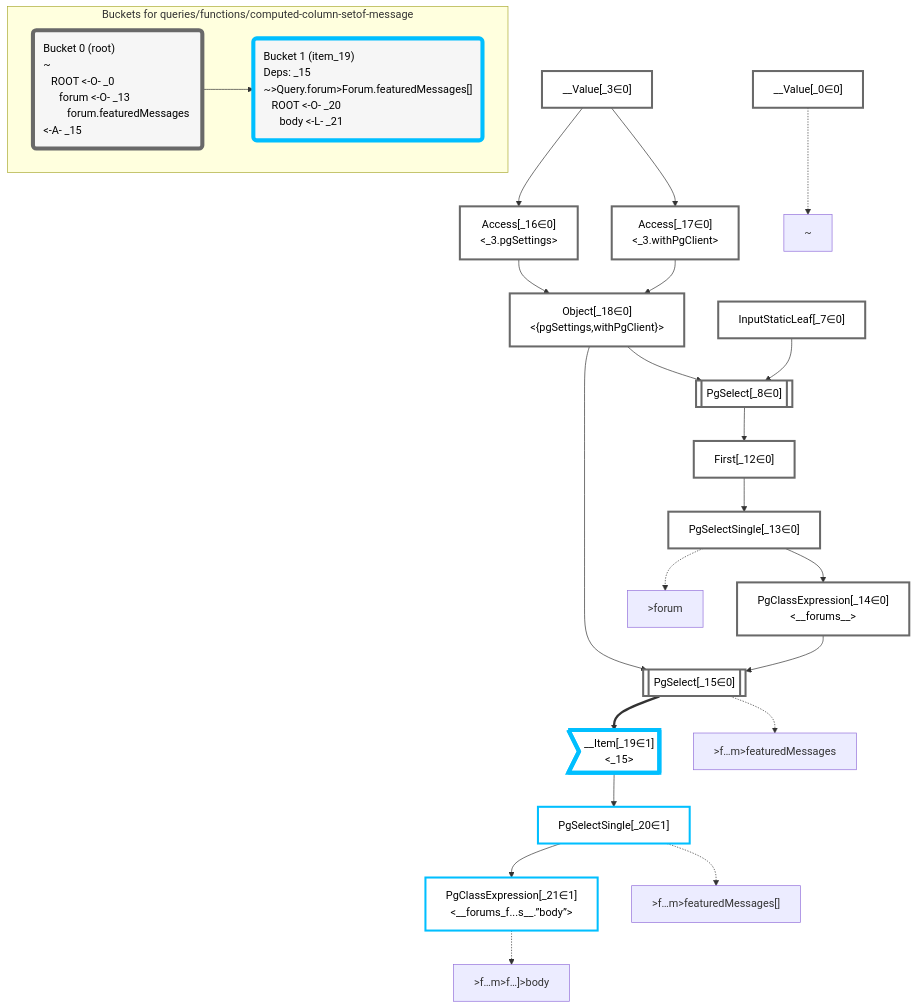
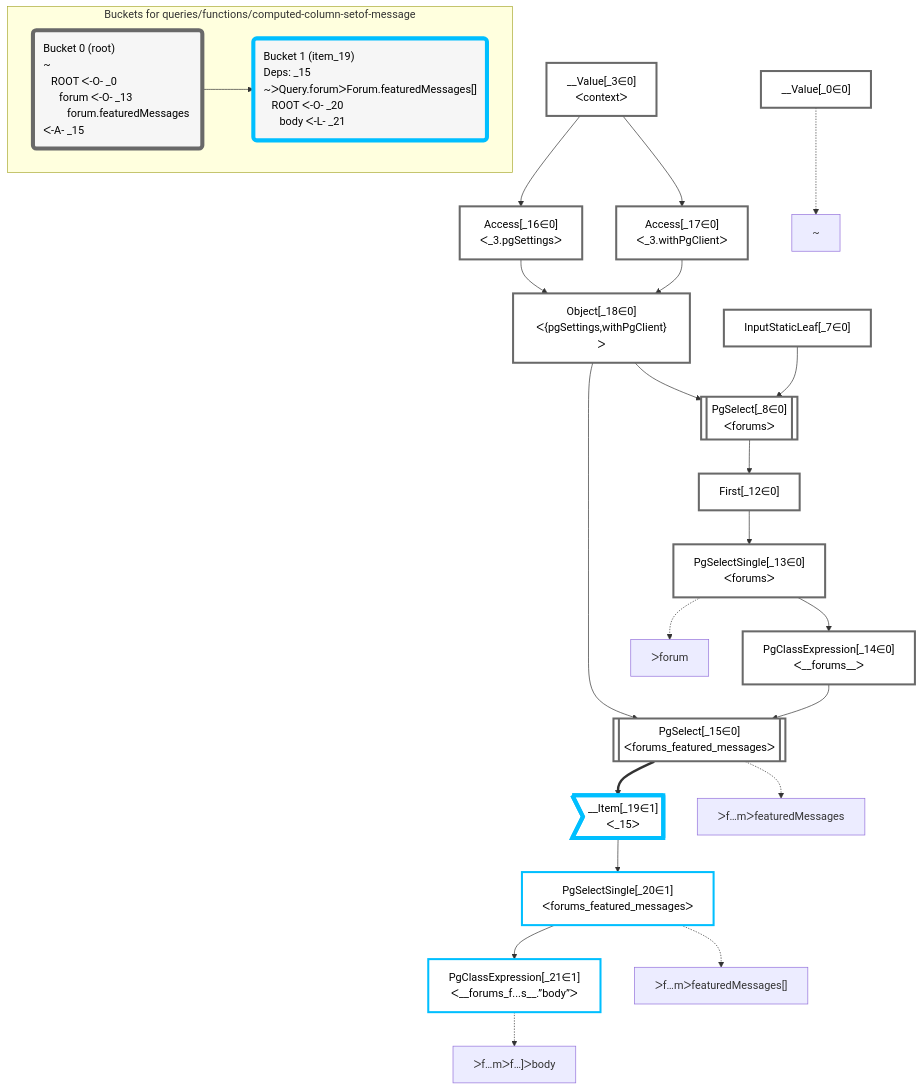
One commit to graphile/crystal changed the diagram in packages/dataplan-pg/__tests__/queries/functions/computed-column-setof-message.deopt.mermaid.md. Above: the diagram before and after it, drawn with Mermaid. The commit also changed 195 other files, not shown here.

````diff
--- a/packages/dataplan-pg/__tests__/queries/functions/computed-column-setof-message.deopt.mermaid.md
+++ b/packages/dataplan-pg/__tests__/queries/functions/computed-column-setof-message.deopt.mermaid.md
@@ -1,67 +1,67 @@
 ```mermaid
 graph TD
     classDef path fill:#eee,stroke:#000,color:#000
     classDef plan fill:#fff,stroke-width:3px,color:#000
     classDef itemplan fill:#fff,stroke-width:6px,color:#000
     classDef sideeffectplan fill:#f00,stroke-width:6px,color:#000
     classDef bucket fill:#f6f6f6,color:#000,stroke-width:6px,text-align:left
 
 
     %% define plans
     __Value_0["__Value[_0∈0]"]:::plan
-    __Value_3["__Value[_3∈0]<br /><context>"]:::plan
+    __Value_3["__Value[_3∈0]<br />ᐸcontextᐳ"]:::plan
     InputStaticLeaf_7["InputStaticLeaf[_7∈0]"]:::plan
-    PgSelect_8[["PgSelect[_8∈0]<br /><forums>"]]:::plan
+    PgSelect_8[["PgSelect[_8∈0]<br />ᐸforumsᐳ"]]:::plan
     First_12["First[_12∈0]"]:::plan
-    PgSelectSingle_13["PgSelectSingle[_13∈0]<br /><forums>"]:::plan
-    PgClassExpression_14["PgClassExpression[_14∈0]<br /><__forums__>"]:::plan
-    PgSelect_15[["PgSelect[_15∈0]<br /><forums_featured_messages>"]]:::plan
-    Access_16["Access[_16∈0]<br /><_3.pgSettings>"]:::plan
-    Access_17["Access[_17∈0]<br /><_3.withPgClient>"]:::plan
-    Object_18["Object[_18∈0]<br /><{pgSettings,withPgClient}>"]:::plan
-    __Item_19>"__Item[_19∈1]<br /><_15>"]:::itemplan
-    PgSelectSingle_20["PgSelectSingle[_20∈1]<br /><forums_featured_messages>"]:::plan
-    PgClassExpression_21["PgClassExpression[_21∈1]<br /><__forums_f...s__.”body”>"]:::plan
+    PgSelectSingle_13["PgSelectSingle[_13∈0]<br />ᐸforumsᐳ"]:::plan
+    PgClassExpression_14["PgClassExpression[_14∈0]<br />ᐸ__forums__ᐳ"]:::plan
+    PgSelect_15[["PgSelect[_15∈0]<br />ᐸforums_featured_messagesᐳ"]]:::plan
+    Access_16["Access[_16∈0]<br />ᐸ_3.pgSettingsᐳ"]:::plan
+    Access_17["Access[_17∈0]<br />ᐸ_3.withPgClientᐳ"]:::plan
+    Object_18["Object[_18∈0]<br />ᐸ{pgSettings,withPgClient}ᐳ"]:::plan
+    __Item_19>"__Item[_19∈1]<br />ᐸ_15ᐳ"]:::itemplan
+    PgSelectSingle_20["PgSelectSingle[_20∈1]<br />ᐸforums_featured_messagesᐳ"]:::plan
+    PgClassExpression_21["PgClassExpression[_21∈1]<br />ᐸ__forums_f...s__.”body”ᐳ"]:::plan
 
     %% plan dependencies
     Object_18 --> PgSelect_8
     InputStaticLeaf_7 --> PgSelect_8
     PgSelect_8 --> First_12
     First_12 --> PgSelectSingle_13
     PgSelectSingle_13 --> PgClassExpression_14
     Object_18 --> PgSelect_15
     PgClassExpression_14 --> PgSelect_15
     __Value_3 --> Access_16
     __Value_3 --> Access_17
     Access_16 --> Object_18
     Access_17 --> Object_18
     PgSelect_15 ==> __Item_19
     __Item_19 --> PgSelectSingle_20
     PgSelectSingle_20 --> PgClassExpression_21
 
     %% plan-to-path relationships
     P_0["~"]
     __Value_0 -.-> P_0
-    P_13[">forum"]
+    P_13["ᐳforum"]
     PgSelectSingle_13 -.-> P_13
-    P_15[">f…m>featuredMessages"]
+    P_15["ᐳf…mᐳfeaturedMessages"]
     PgSelect_15 -.-> P_15
-    P_20[">f…m>featuredMessages[]"]
+    P_20["ᐳf…mᐳfeaturedMessages[]"]
     PgSelectSingle_20 -.-> P_20
-    P_21[">f…m>f…]>body"]
+    P_21["ᐳf…mᐳf…]ᐳbody"]
     PgClassExpression_21 -.-> P_21
 
     %% allocate buckets
     classDef bucket0 stroke:#696969
     class __Value_0,__Value_3,InputStaticLeaf_7,PgSelect_8,First_12,PgSelectSingle_13,PgClassExpression_14,PgSelect_15,Access_16,Access_17,Object_18 bucket0
     classDef bucket1 stroke:#00bfff
     class __Item_19,PgSelectSingle_20,PgClassExpression_21 bucket1
 
     subgraph "Buckets for queries/functions/computed-column-setof-message"
-    Bucket0("Bucket 0 (root)<br />~<br />⠀ROOT <-O- _0<br />⠀⠀forum <-O- _13<br />⠀⠀⠀forum.featuredMessages <-A- _15"):::bucket
+    Bucket0("Bucket 0 (root)<br />~<br />⠀ROOT ᐸ-O- _0<br />⠀⠀forum ᐸ-O- _13<br />⠀⠀⠀forum.featuredMessages ᐸ-A- _15"):::bucket
     style Bucket0 stroke:#696969
-    Bucket1("Bucket 1 (item_19)<br />Deps: _15<br />~>Query.forum>Forum.featuredMessages[]<br />⠀ROOT <-O- _20<br />⠀⠀body <-L- _21"):::bucket
+    Bucket1("Bucket 1 (item_19)<br />Deps: _15<br />~ᐳQuery.forumᐳForum.featuredMessages[]<br />⠀ROOT ᐸ-O- _20<br />⠀⠀body ᐸ-L- _21"):::bucket
     style Bucket1 stroke:#00bfff
     Bucket0 --> Bucket1
     end
 ```
````
